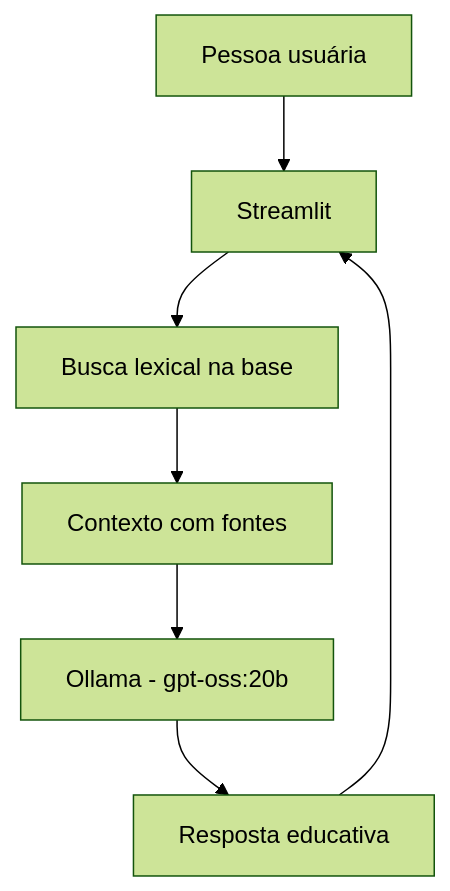
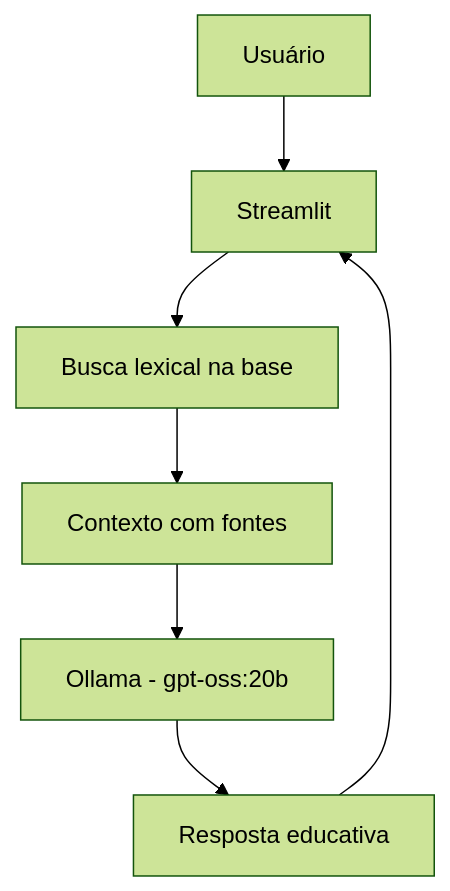
One commit to Pedro-Ivson/Bradesco-Bootcamp-Agent changed the diagram in README.md. Above: the diagram before and after it, drawn with Mermaid (forest theme).

Commit message:
Update user label in architecture diagram

````diff
--- a/README.md
+++ b/README.md
@@ -17,9 +17,9 @@
 ```mermaid
 flowchart TD
-    A[Pessoa usuária] --> B[Streamlit]
+    A[Usuário] --> B[Streamlit]
     B --> C[Busca lexical na base]
     C --> D[Contexto com fontes]
     D --> E[Ollama - gpt-oss:20b]
     E --> F[Resposta educativa]
     F --> B
 ```
````
